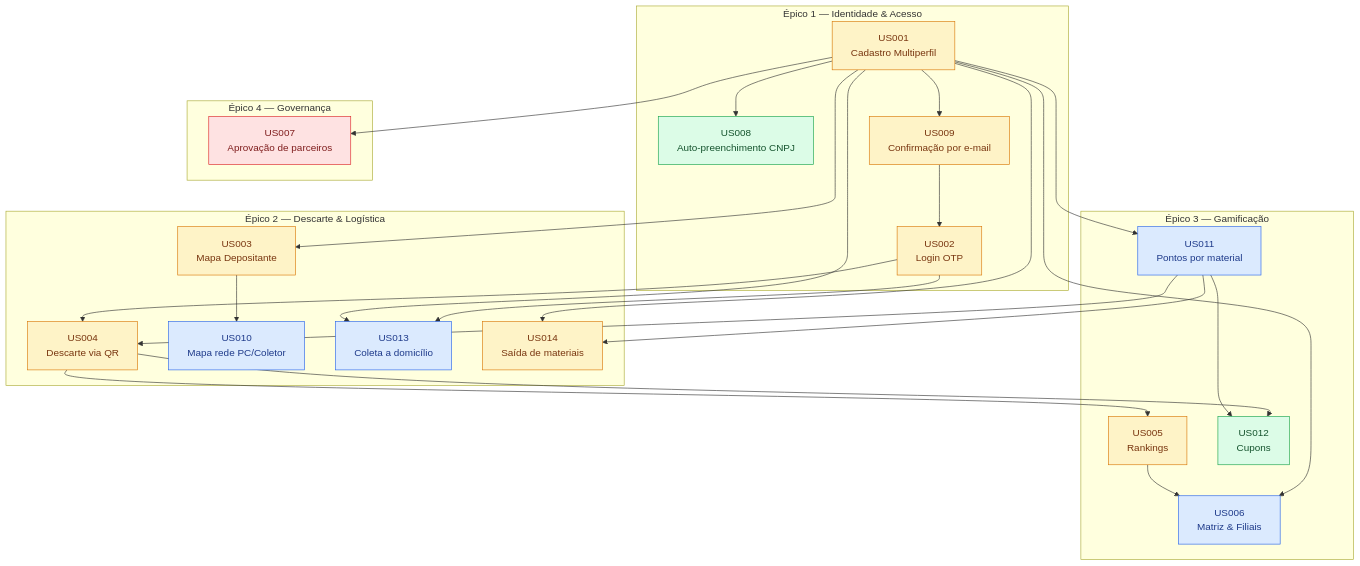
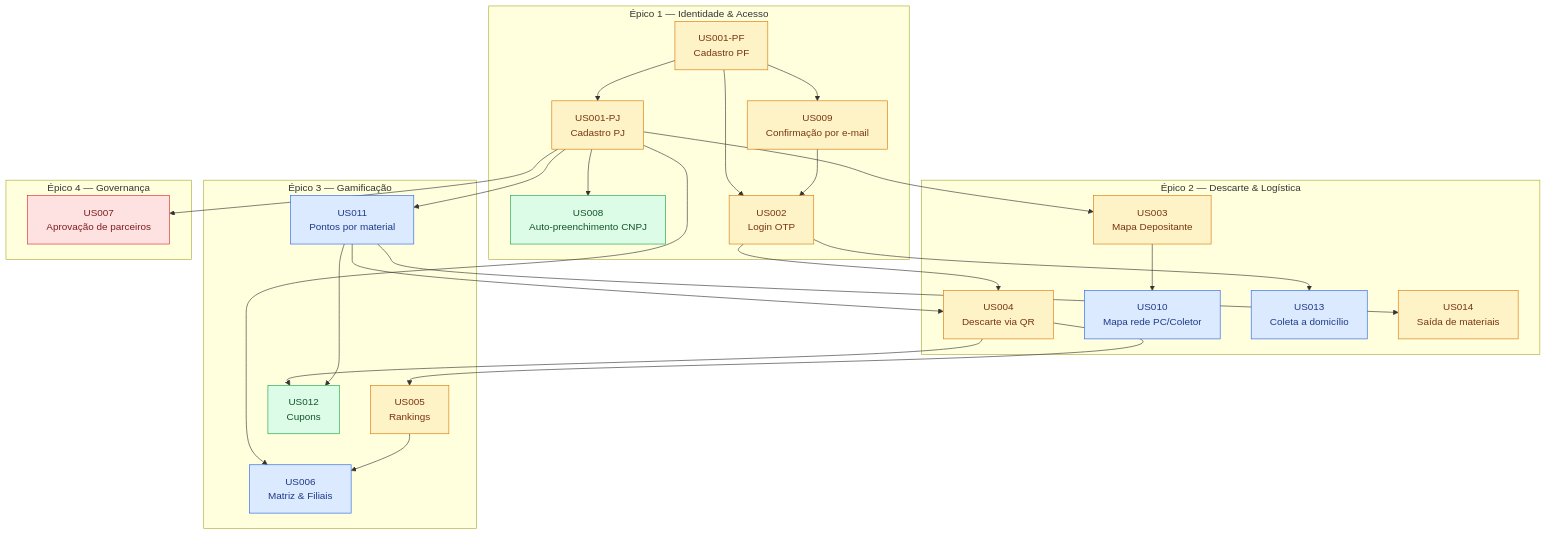
One commit to Wandersonrp/ecocell changed the first of 6 diagrams in .claude/TASKS.md. Above: the diagram before and after it, drawn with Mermaid. The commit also changed other lines of this file and 20 other files, not shown here.

````diff
--- a/.claude/TASKS.md
+++ b/.claude/TASKS.md
@@ -20,54 +21,55 @@
 ```mermaid
 flowchart TD
     classDef critico fill:#fee2e2,stroke:#dc2626,color:#7f1d1d
     classDef essencial fill:#fef3c7,stroke:#d97706,color:#78350f
     classDef importante fill:#dbeafe,stroke:#2563eb,color:#1e3a8a
     classDef desejavel fill:#dcfce7,stroke:#16a34a,color:#14532d
 
     subgraph E1["Épico 1 — Identidade & Acesso"]
-        US001[US001<br/>Cadastro Multiperfil]
+        US001PF[US001-PF<br/>Cadastro PF]
+        US001PJ[US001-PJ<br/>Cadastro PJ]
         US008[US008<br/>Auto-preenchimento CNPJ]
         US009[US009<br/>Confirmação por e-mail]
         US002[US002<br/>Login OTP]
     end
     subgraph E2["Épico 2 — Descarte & Logística"]
         US003[US003<br/>Mapa Depositante]
         US004[US004<br/>Descarte via QR]
         US010[US010<br/>Mapa rede PC/Coletor]
         US013[US013<br/>Coleta a domicílio]
         US014[US014<br/>Saída de materiais]
     end
     subgraph E3["Épico 3 — Gamificação"]
         US011[US011<br/>Pontos por material]
         US005[US005<br/>Rankings]
         US006[US006<br/>Matriz & Filiais]
         US012[US012<br/>Cupons]
     end
     subgraph E4["Épico 4 — Governança"]
         US007[US007<br/>Aprovação de parceiros]
     end
 
-    US001 --> US009
-    US001 --> US008
-    US001 --> US007
-    US001 --> US011
-    US001 --> US003
-    US001 --> US006
+    US001PF --> US009
+    US001PF --> US002
+    US001PF --> US001PJ
+    US001PJ --> US008
+    US001PJ --> US007
+    US001PJ --> US011
+    US001PJ --> US003
+    US001PJ --> US006
     US009 --> US002
     US003 --> US010
     US002 --> US004
     US011 --> US004
     US004 --> US005
     US005 --> US006
     US004 --> US012
     US011 --> US012
     US002 --> US013
-    US001 --> US013
     US011 --> US014
-    US001 --> US014
 
     class US007 critico
-    class US001,US009,US002,US003,US004,US005,US014 essencial
+    class US001PF,US001PJ,US009,US002,US003,US004,US005,US014 essencial
     class US010,US011,US006,US013 importante
     class US008,US012 desejavel
 ```
````
